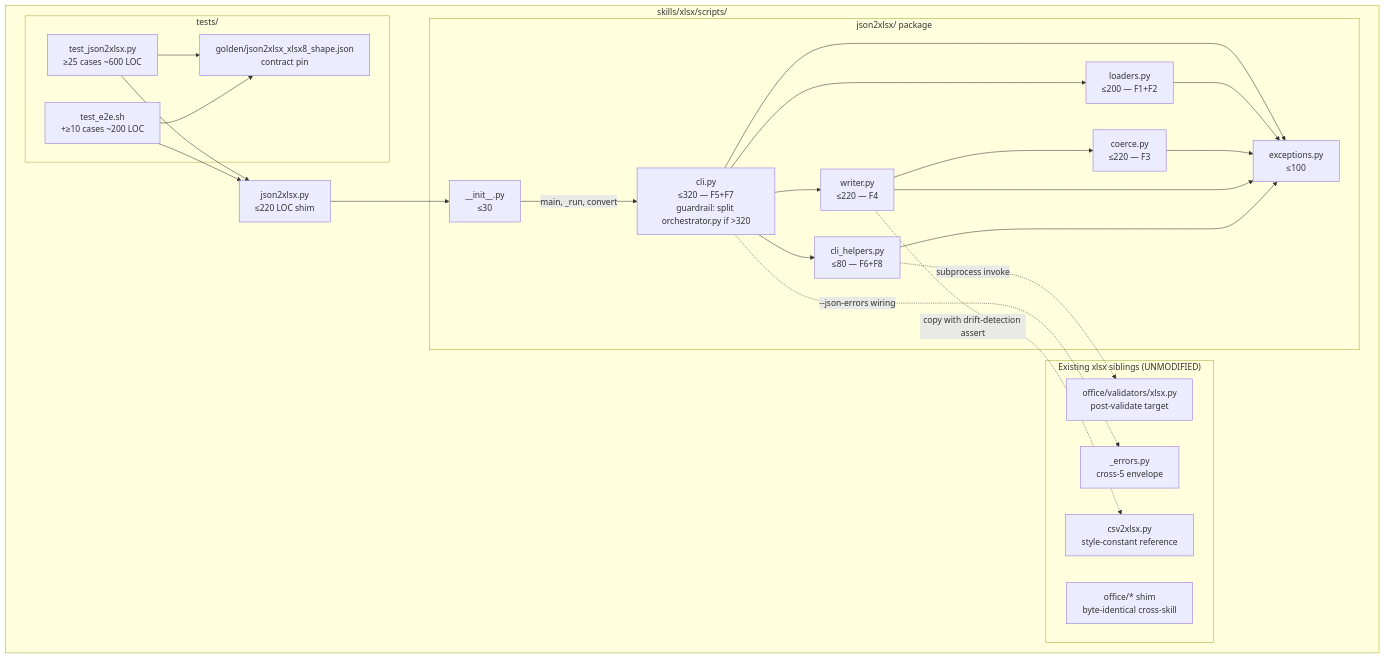
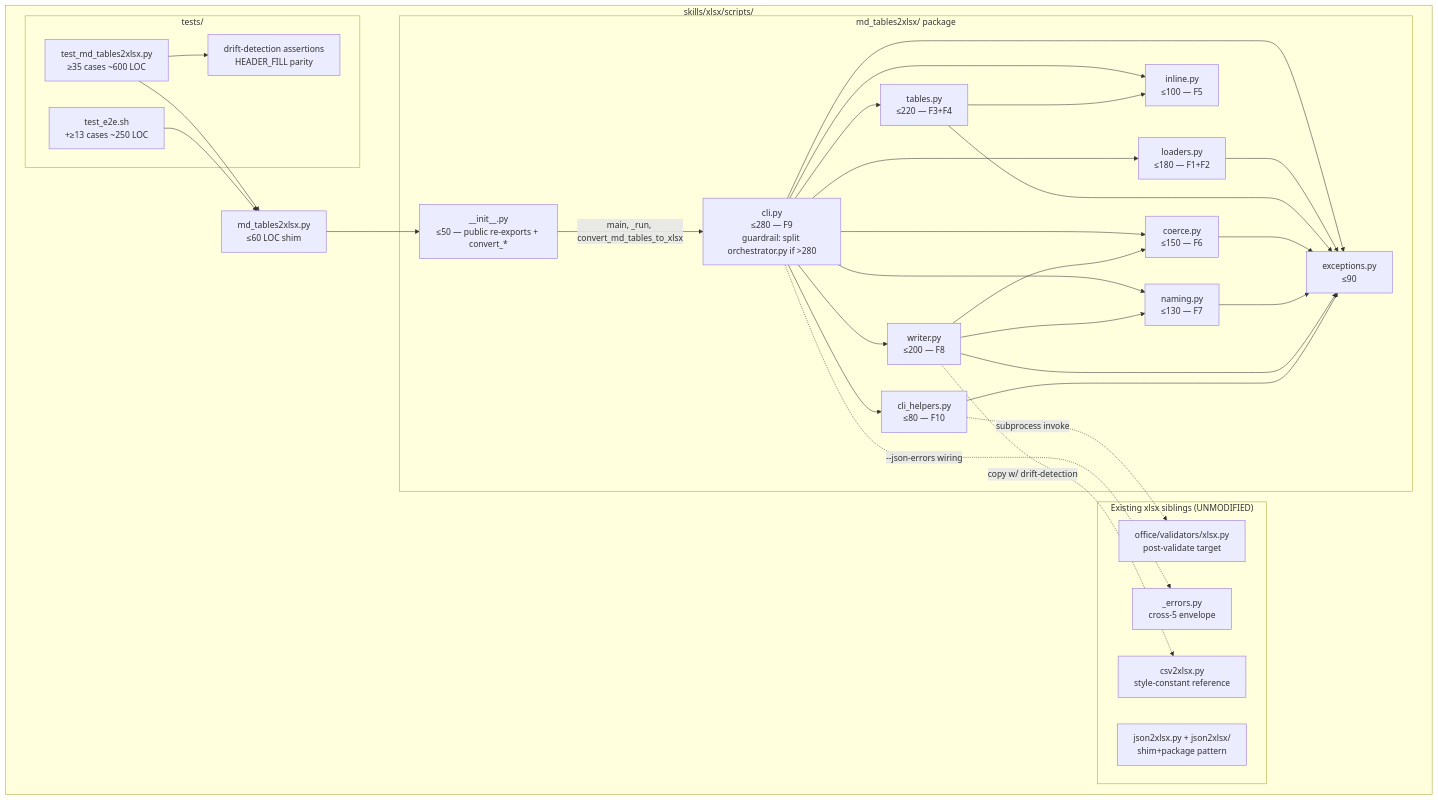
One commit to MatrixFounder/Universal-skills changed the first of 2 diagrams in docs/ARCHITECTURE.md. Above: the diagram before and after it, drawn with Mermaid. The commit also changed other lines of this file and 40 other files, not shown here.

First line of the commit message:
xlsx-3: md_tables2xlsx — extract markdown tables to multi-sheet .xlsx

````diff
--- a/docs/ARCHITECTURE.md
+++ b/docs/ARCHITECTURE.md
@@ -465,46 +537,56 @@
 ```mermaid
 flowchart TB
     subgraph Skill ["skills/xlsx/scripts/"]
-        Shim[json2xlsx.py<br/>≤220 LOC shim]
-        subgraph Pkg ["json2xlsx/ package"]
-            Init[__init__.py<br/>≤30]
-            Cli[cli.py<br/>≤320 — F5+F7<br/>guardrail: split orchestrator.py if >320]
-            Loaders[loaders.py<br/>≤200 — F1+F2]
-            Coerce[coerce.py<br/>≤220 — F3]
-            Writer[writer.py<br/>≤220 — F4]
-            Helpers[cli_helpers.py<br/>≤80 — F6+F8]
-            Exc[exceptions.py<br/>≤100]
+        Shim[md_tables2xlsx.py<br/>≤60 LOC shim]
+        subgraph Pkg ["md_tables2xlsx/ package"]
+            Init[__init__.py<br/>≤50 — public re-exports + convert_*]
+            Cli[cli.py<br/>≤280 — F9<br/>guardrail: split orchestrator.py if >280]
+            Loaders[loaders.py<br/>≤180 — F1+F2]
+            Tables[tables.py<br/>≤220 — F3+F4]
+            Inline[inline.py<br/>≤100 — F5]
+            Coerce[coerce.py<br/>≤150 — F6]
+            Naming[naming.py<br/>≤130 — F7]
+            Writer[writer.py<br/>≤200 — F8]
+            Helpers[cli_helpers.py<br/>≤80 — F10]
+            Exc[exceptions.py<br/>≤90]
         end
         subgraph Existing ["Existing xlsx siblings (UNMODIFIED)"]
             CSVRef[csv2xlsx.py<br/>style-constant reference]
+            JsonRef[json2xlsx.py + json2xlsx/<br/>shim+package pattern]
             Errors[_errors.py<br/>cross-5 envelope]
             Validators[office/validators/xlsx.py<br/>post-validate target]
-            PostValAS[office/* shim<br/>byte-identical cross-skill]
         end
         subgraph Tests ["tests/"]
-            UnitTest[test_json2xlsx.py<br/>≥25 cases ~600 LOC]
-            E2ETest[test_e2e.sh<br/>+≥10 cases ~200 LOC]
-            Golden[golden/json2xlsx_xlsx8_shape.json<br/>contract pin]
+            UnitTest[test_md_tables2xlsx.py<br/>≥35 cases ~600 LOC]
+            E2ETest[test_e2e.sh<br/>+≥13 cases ~250 LOC]
+            Drift[drift-detection assertions<br/>HEADER_FILL parity]
         end
     end
 
     Shim --> Init
-    Init -->|main, _run, convert| Cli
+    Init -->|main, _run, convert_md_tables_to_xlsx| Cli
     Cli --> Loaders
+    Cli --> Tables
+    Cli --> Inline
+    Cli --> Coerce
+    Cli --> Naming
     Cli --> Writer
     Cli --> Helpers
     Cli --> Exc
     Loaders --> Exc
+    Tables --> Inline
+    Tables --> Exc
     Coerce --> Exc
+    Naming --> Exc
+    Writer --> Naming
     Writer --> Coerce
     Writer --> Exc
     Helpers --> Exc
     Helpers -.->|subprocess invoke| Validators
     Cli -.->|--json-errors wiring| Errors
-    Writer -.->|copy with drift-detection assert| CSVRef
+    Writer -.->|copy w/ drift-detection| CSVRef
 
     UnitTest --> Shim
     E2ETest --> Shim
-    UnitTest --> Golden
-    E2ETest --> Golden
+    UnitTest --> Drift
 ```
````
